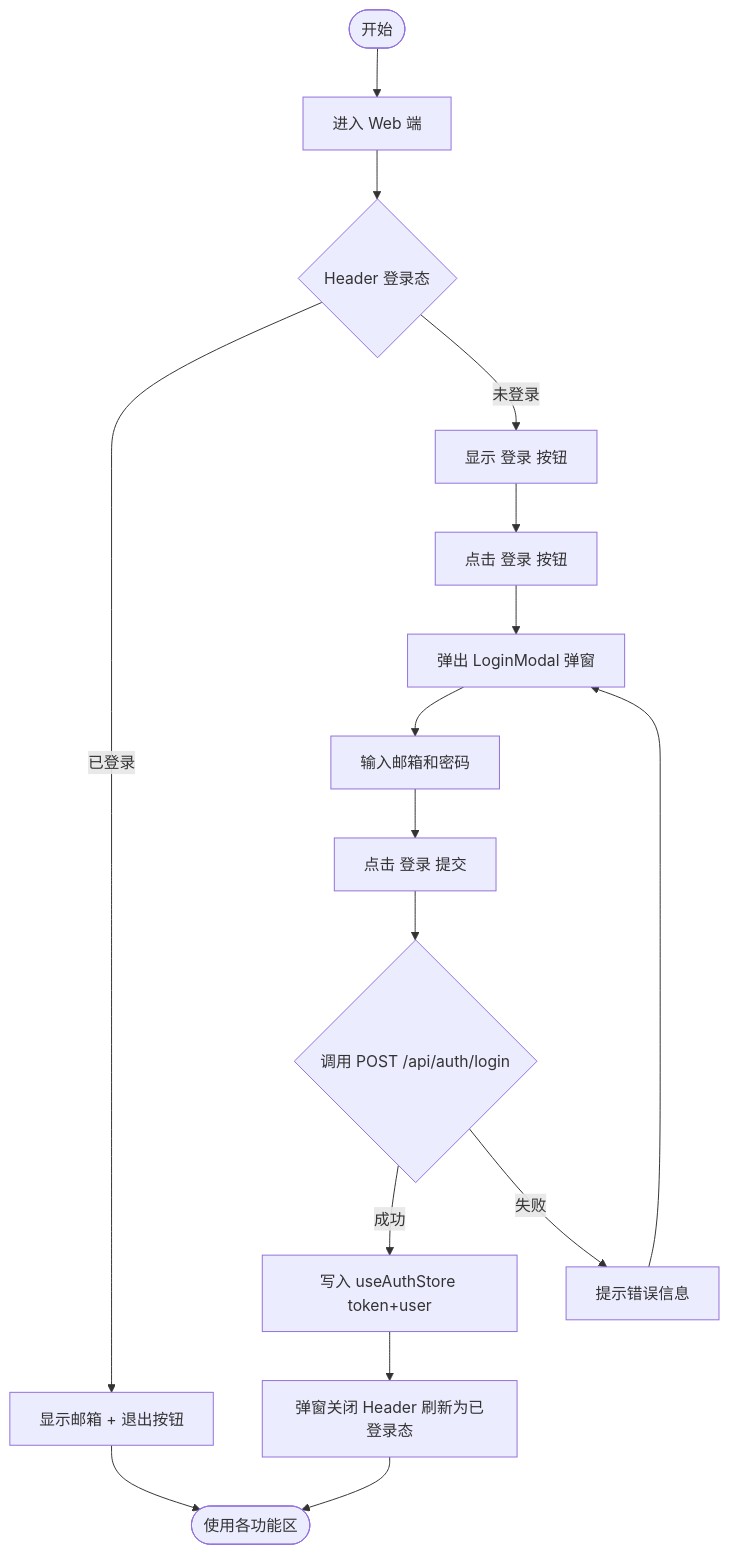
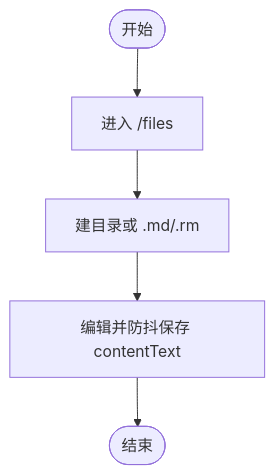
The first of 4 diagrams in docs/用户流程图.md (a327921510/my-notes), drawn with Mermaid before and after one commit. The commit also changed other lines of this file and 14 other files, not shown here.

````diff
--- a/docs/用户流程图.md
+++ b/docs/用户流程图.md
@@ -5,18 +5,7 @@
 ```mermaid
 flowchart TD
-  A([开始]) --> B[进入 Web 端]
-  B --> C{Header 登录态}
-  C -->|已登录| D[显示邮箱 + 退出按钮]
-  D --> Z([使用各功能区])
-  C -->|未登录| E[显示 登录 按钮]
-  E --> F[点击 登录 按钮]
-  F --> G[弹出 LoginModal 弹窗]
-  G --> H[输入邮箱和密码]
-  H --> I[点击 登录 提交]
-  I --> J{调用 POST /api/auth/login}
-  J -->|成功| K[写入 useAuthStore token+user]
-  K --> L[弹窗关闭 Header 刷新为已登录态]
-  L --> Z
-  J -->|失败| M[提示错误信息]
-  M --> G
+  A([开始]) --> B[进入 /files]
+  B --> C[建目录或 .md/.rm]
+  C --> D[编辑并防抖保存 contentText]
+  D --> Z([结束])
 ```
````
